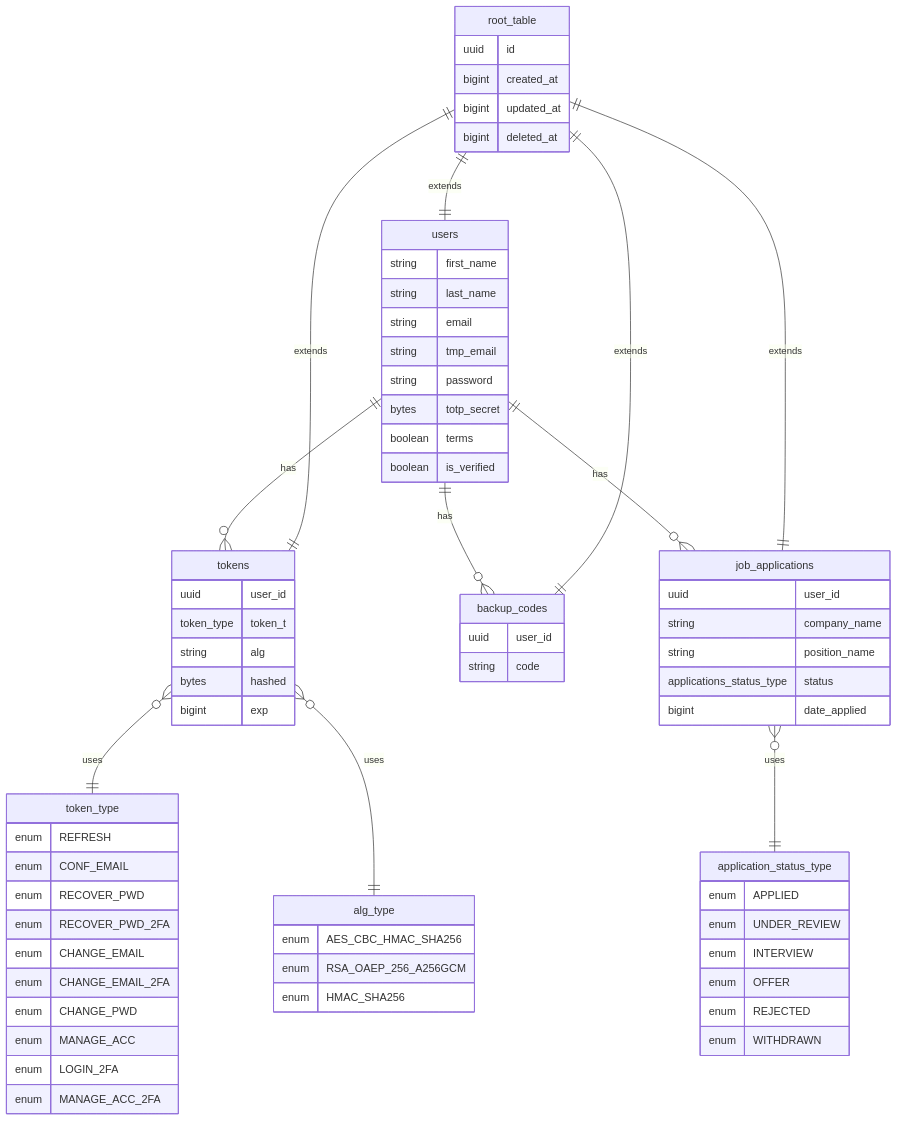
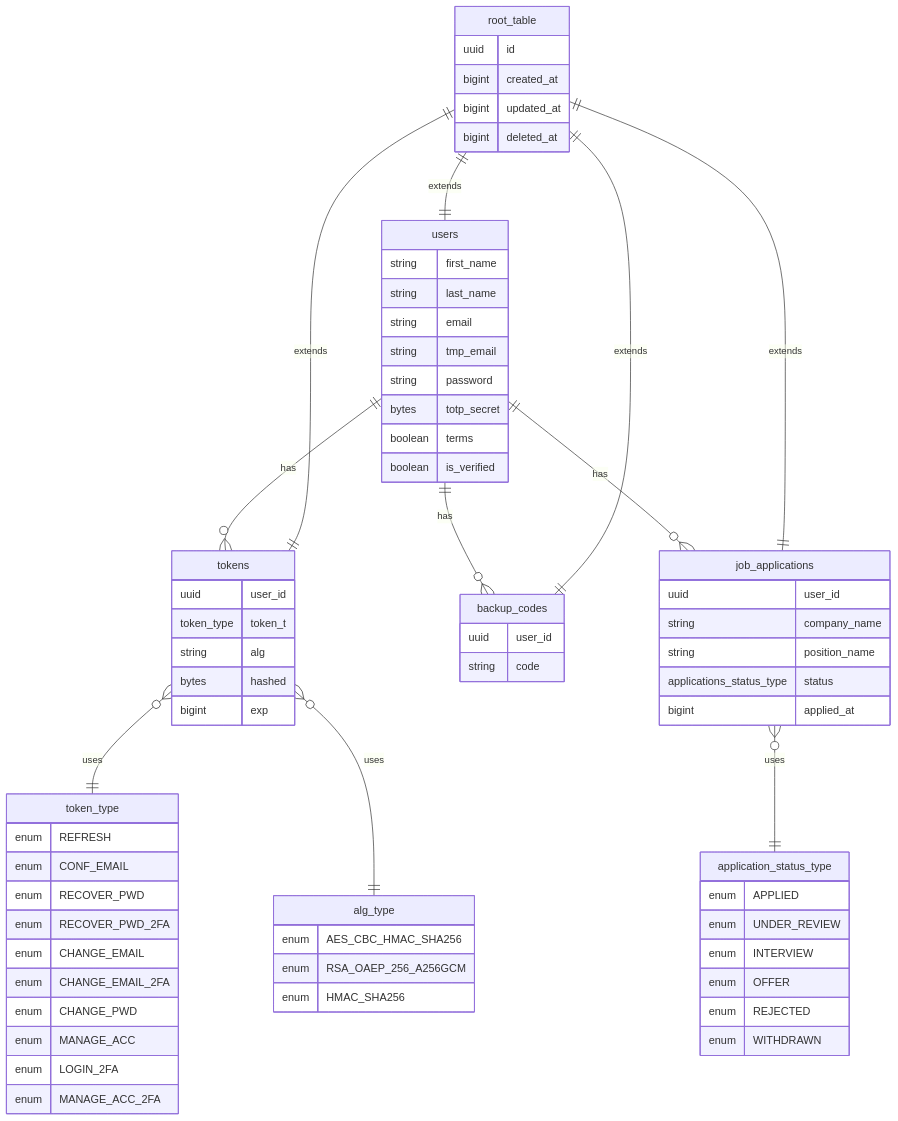
Before and after one commit to AlexanderMatveev2908/PFN-job-application-tracker: the diagram in README.md, drawn with Mermaid. The commit also changed 14 other files, not shown here.

Commit message:
🪾 page_read_job_appl => 🛠️ update field job_appl, from date_applied to applied_at

````diff
--- a/README.md
+++ b/README.md
@@ -512,80 +512,80 @@
 ```mermaid
 erDiagram
   users ||--o{ tokens : has
   users ||--o{ backup_codes : has
   users ||--o{ job_applications : has
   tokens }o--|| token_type : uses
   tokens }o--|| alg_type : uses
   job_applications }o--||application_status_type : uses
   root_table ||--|| users : extends
   root_table ||--|| tokens : extends
   root_table ||--|| backup_codes : extends
   root_table ||--|| job_applications : extends
 
   root_table {
     uuid id
     bigint created_at
     bigint updated_at
     bigint deleted_at
   }
 
   users {
     string first_name
     string last_name
     string email
     string tmp_email
     string password
     bytes totp_secret
     boolean terms
     boolean is_verified
   }
 
   backup_codes {
     uuid user_id
     string code
   }
 
   tokens {
     uuid user_id
     token_type token_t
     string alg
     bytes hashed
     bigint exp
   }
 
   job_applications {
     uuid user_id
     string company_name
     string position_name
     applications_status_type status
-    bigint date_applied
+    bigint applied_at
   }
 
   token_type {
     enum REFRESH
     enum CONF_EMAIL
     enum RECOVER_PWD
     enum RECOVER_PWD_2FA
     enum CHANGE_EMAIL
     enum CHANGE_EMAIL_2FA
     enum CHANGE_PWD
     enum MANAGE_ACC
     enum LOGIN_2FA
     enum MANAGE_ACC_2FA
   }
 
   alg_type {
     enum AES_CBC_HMAC_SHA256
     enum RSA_OAEP_256_A256GCM
     enum HMAC_SHA256
   }
 
   application_status_type {
   enum APPLIED
   enum UNDER_REVIEW
   enum INTERVIEW
   enum OFFER
   enum REJECTED
   enum WITHDRAWN
   }
 ```
````
